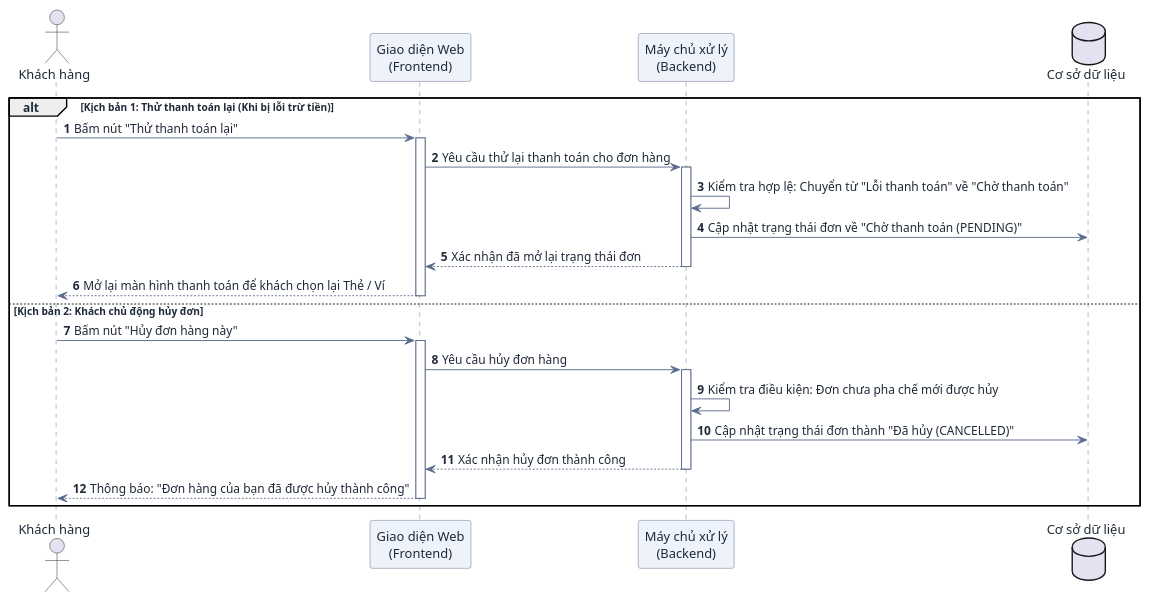
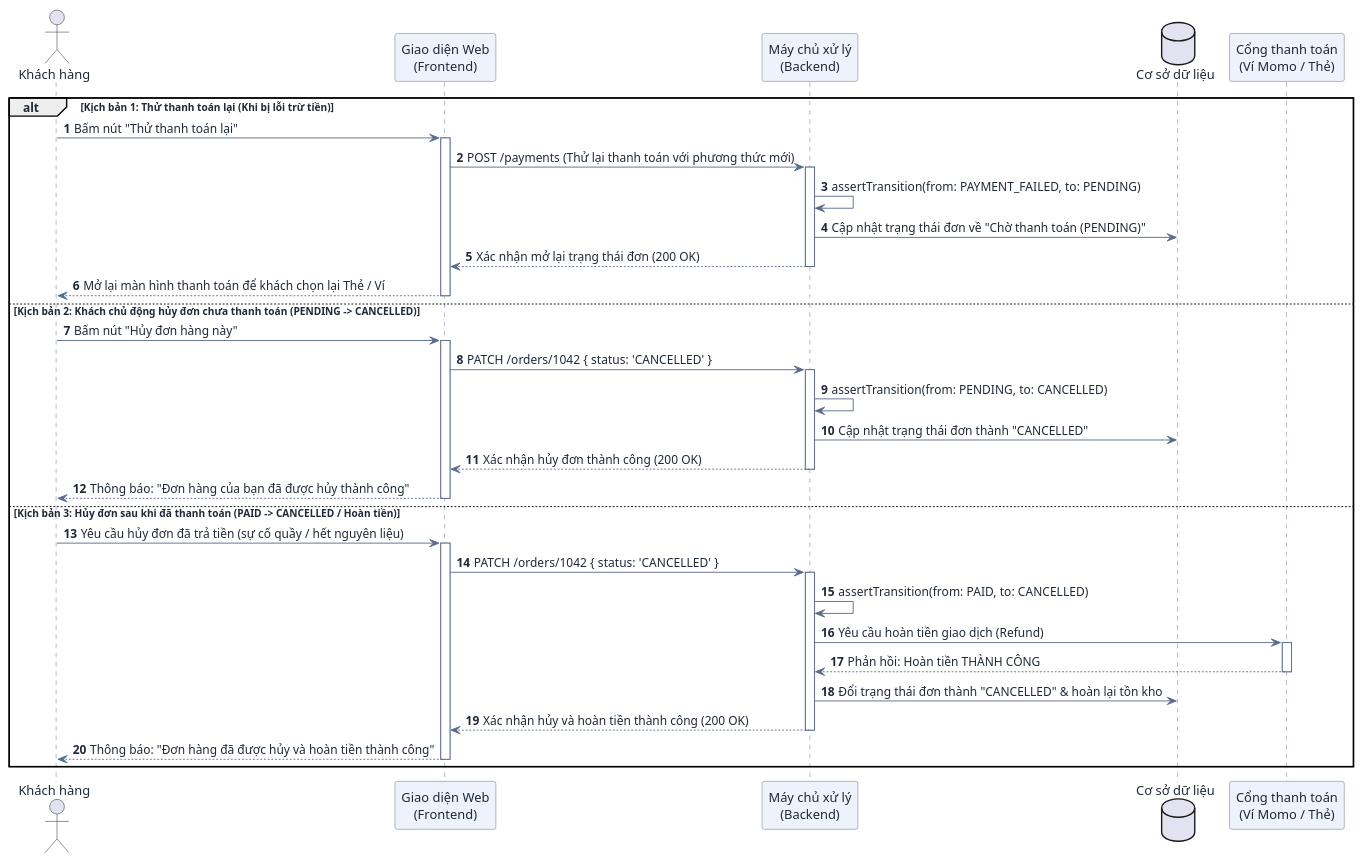
Before and after one commit to DuVinhLoi/BrewLite: the fifth of 6 diagrams in docs/user-sequence-specifications.md, drawn with PlantUML. The commit also changed other lines of this file, not shown here.

First line of the commit message:
docs: refine user sequence diagrams with task 10 criteria and rest alignment

````diff
--- a/docs/user-sequence-specifications.md
+++ b/docs/user-sequence-specifications.md
@@ -324,40 +340,57 @@
 ```plantuml
 @startuml
 skinparam DefaultFontColor #1f2937
 skinparam ArrowColor #5b6b8c
 skinparam SequenceParticipantBackgroundColor #eef2fb
 skinparam SequenceParticipantBorderColor #5b6b8c
 skinparam SequenceLifeLineBorderColor #5b6b8c
 
 autonumber
 actor "Khách hàng" as User
 participant "Giao diện Web\n(Frontend)" as FE
 participant "Máy chủ xử lý\n(Backend)" as BE
 database "Cơ sở dữ liệu" as DB
+participant "Cổng thanh toán\n(Ví Momo / Thẻ)" as Gateway
 
 alt Kịch bản 1: Thử thanh toán lại (Khi bị lỗi trừ tiền)
     User -> FE : Bấm nút "Thử thanh toán lại"
     activate FE
-    FE -> BE : Yêu cầu thử lại thanh toán cho đơn hàng
+    FE -> BE : POST /payments (Thử lại thanh toán với phương thức mới)
     activate BE
-    BE -> BE : Kiểm tra hợp lệ: Chuyển từ "Lỗi thanh toán" về "Chờ thanh toán"
+    BE -> BE : assertTransition(from: PAYMENT_FAILED, to: PENDING)
     BE -> DB : Cập nhật trạng thái đơn về "Chờ thanh toán (PENDING)"
-    BE --> FE : Xác nhận đã mở lại trạng thái đơn
+    BE --> FE : Xác nhận mở lại trạng thái đơn (200 OK)
     deactivate BE
     FE --> User : Mở lại màn hình thanh toán để khách chọn lại Thẻ / Ví
     deactivate FE
 
-else Kịch bản 2: Khách chủ động hủy đơn
+else Kịch bản 2: Khách chủ động hủy đơn chưa thanh toán (PENDING -> CANCELLED)
     User -> FE : Bấm nút "Hủy đơn hàng này"
     activate FE
-    FE -> BE : Yêu cầu hủy đơn hàng
+    FE -> BE : PATCH /orders/1042 { status: 'CANCELLED' }
     activate BE
-    BE -> BE : Kiểm tra điều kiện: Đơn chưa pha chế mới được hủy
-    BE -> DB : Cập nhật trạng thái đơn thành "Đã hủy (CANCELLED)"
-    BE --> FE : Xác nhận hủy đơn thành công
+    BE -> BE : assertTransition(from: PENDING, to: CANCELLED)
+    BE -> DB : Cập nhật trạng thái đơn thành "CANCELLED"
+    BE --> FE : Xác nhận hủy đơn thành công (200 OK)
     deactivate BE
     FE --> User : Thông báo: "Đơn hàng của bạn đã được hủy thành công"
+    deactivate FE
+
+else Kịch bản 3: Hủy đơn sau khi đã thanh toán (PAID -> CANCELLED / Hoàn tiền)
+    User -> FE : Yêu cầu hủy đơn đã trả tiền (sự cố quầy / hết nguyên liệu)
+    activate FE
+    FE -> BE : PATCH /orders/1042 { status: 'CANCELLED' }
+    activate BE
+    BE -> BE : assertTransition(from: PAID, to: CANCELLED)
+    BE -> Gateway : Yêu cầu hoàn tiền giao dịch (Refund)
+    activate Gateway
+    Gateway --> BE : Phản hồi: Hoàn tiền THÀNH CÔNG
+    deactivate Gateway
+    BE -> DB : Đổi trạng thái đơn thành "CANCELLED" & hoàn lại tồn kho
+    BE --> FE : Xác nhận hủy và hoàn tiền thành công (200 OK)
+    deactivate BE
+    FE --> User : Thông báo: "Đơn hàng đã được hủy và hoàn tiền thành công"
     deactivate FE
 end
 @enduml
 ```
````
